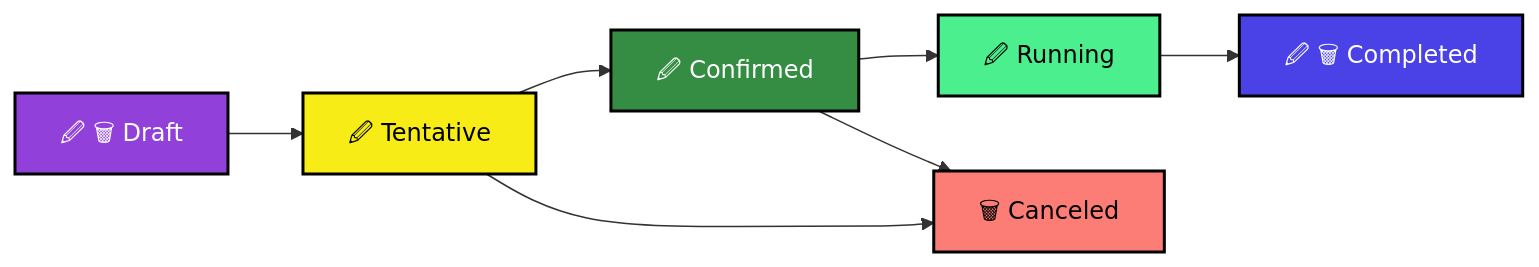
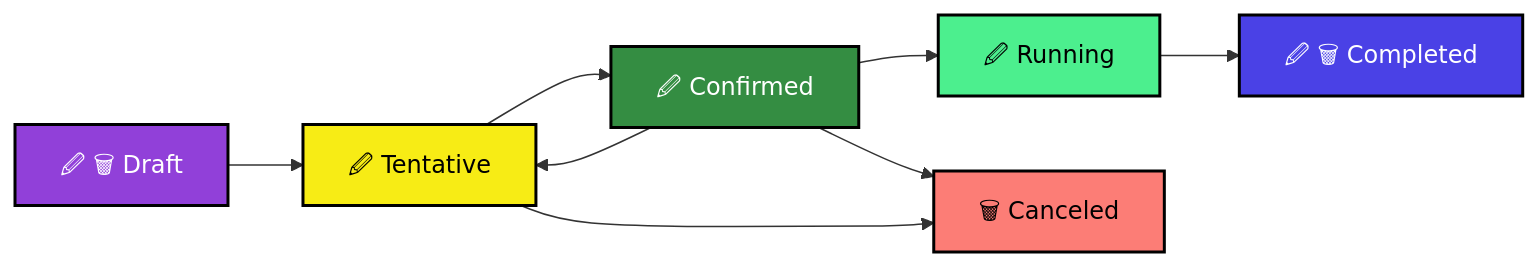
One commit to SkylineCommunications/dataminer-docs changed the diagram in solutions/standard_solutions/MediaOps/Apps/Scheduling/MO_S_Job_States.md. Above: the diagram before and after it, drawn with Mermaid.

Commit message:
Update MO_S_Job_States.md
Add a link from "Confirmed" to "Tentative" states as we can Unconfirm job in last mediaops package.

````diff
--- a/solutions/standard_solutions/MediaOps/Apps/Scheduling/MO_S_Job_States.md
+++ b/solutions/standard_solutions/MediaOps/Apps/Scheduling/MO_S_Job_States.md
@@ -35,18 +35,19 @@
 ```mermaid
 graph LR
     A[🖉 🗑 Draft] --> B[🖉 Tentative]
     B --> C[🖉 Confirmed]
+    C --> B
     C --> D[🖉 Running]
     D --> E[🖉 🗑 Completed]
     C --> H[🗑 Canceled]
     B --> H
 
     style A fill:#9140D9,stroke:#000,stroke-width:2px,color:#ffffff
     style B fill:#F7EC15,stroke:#000,stroke-width:2px,color:#000000
     style C fill:#348D42,stroke:#000,stroke-width:2px,color:#ffffff
     style D fill:#4CEF8E,stroke:#000,stroke-width:2px,color:#000000
     style E fill:#4A41E6,stroke:#000,stroke-width:2px,color:#ffffff
     %% style F fill:#36F0F3,stroke:#000,stroke-width:2px,color:#000000 %%
     %% style G fill:#529495,stroke:#000,stroke-width:2px,color:#ffffff %%
     style H fill:#FC7D76,stroke:#000,stroke-width:2px,color:#000000
 ```
````
